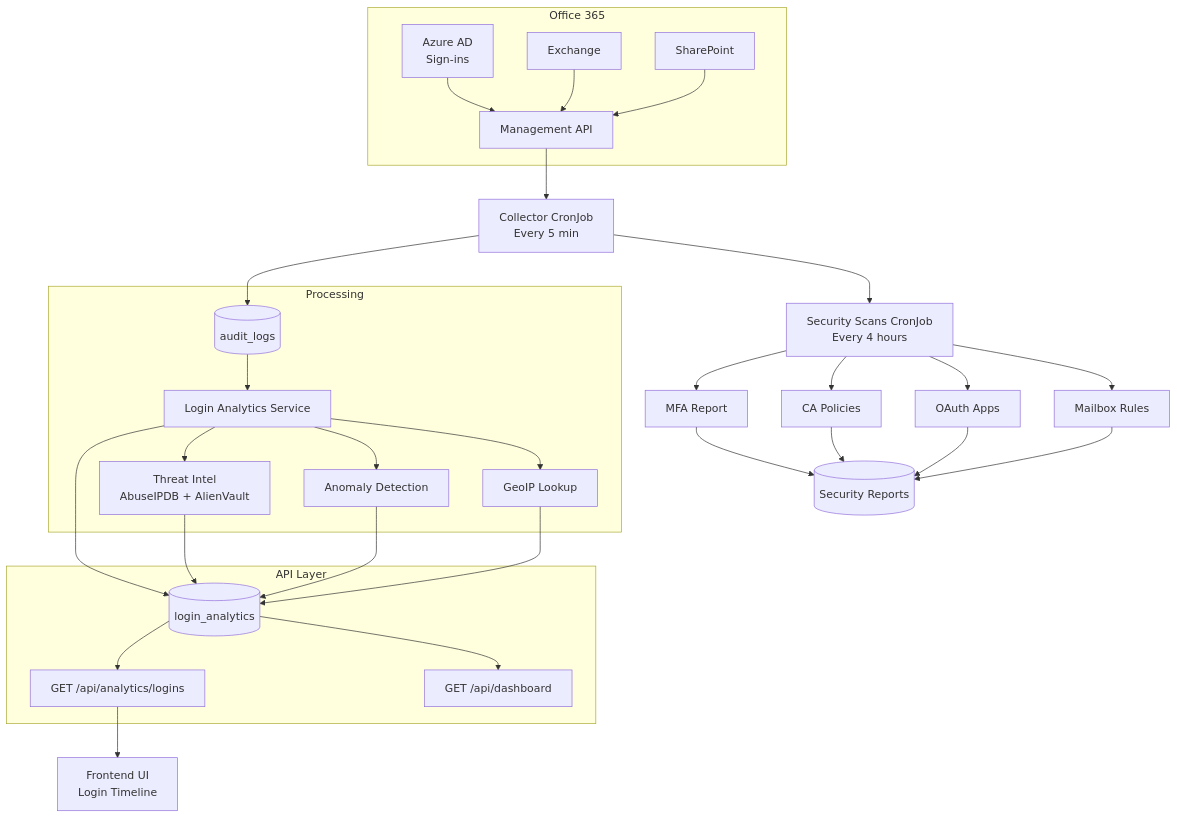
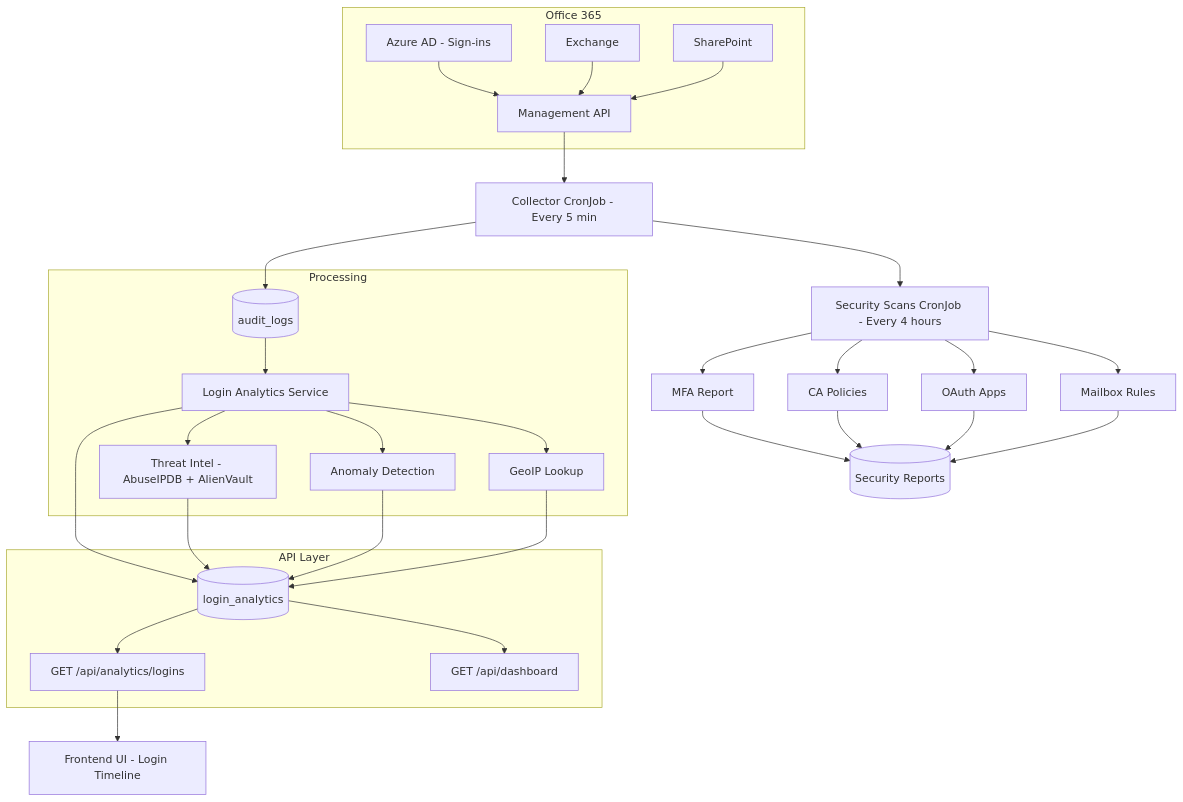
One commit to michaeldigiacomi/specterdefence changed the third of 3 diagrams in docs/cronjob-processing-flows.md. Above: the diagram before and after it, drawn with Mermaid. The commit also changed other lines of this file and 1 other file, not shown here.

Commit message:
Fix Mermaid diagrams for GitHub compatibility: replace br with - and fix & character

````diff
--- a/docs/cronjob-processing-flows.md
+++ b/docs/cronjob-processing-flows.md
@@ -230,44 +230,44 @@
 ```mermaid
 flowchart TB
     subgraph O365["Office 365"]
-        O365A[Azure AD<br/>Sign-ins] --> O365API[Management API]
+        O365A[Azure AD - Sign-ins] --> O365API[Management API]
         O365E[Exchange] --> O365API
         O365S[SharePoint] --> O365API
     end
 
-    O365API --> COLLECTOR[Collector CronJob<br/>Every 5 min]
+    O365API --> COLLECTOR[Collector CronJob - Every 5 min]
 
     COLLECTOR --> DB[(audit_logs)]
 
     subgraph Processing["Processing"]
         DB --> LOGINS[Login Analytics Service]
-        LOGINS --> TI[Threat Intel<br/>AbuseIPDB + AlienVault]
+        LOGINS --> TI[Threat Intel - AbuseIPDB + AlienVault]
         LOGINS --> ANOMALY[Anomaly Detection]
         LOGINS --> GEO[GeoIP Lookup]
     end
 
     LOGINS --> ANALYTICS[(login_analytics)]
 
     TI --> ANALYTICS
     ANOMALY --> ANALYTICS
     GEO --> ANALYTICS
 
     subgraph API["API Layer"]
         ANALYTICS --> API1[GET /api/analytics/logins]
         ANALYTICS --> API2[GET /api/dashboard]
     end
 
-    API1 --> UI[Frontend UI<br/>Login Timeline]
+    API1 --> UI[Frontend UI - Login Timeline]
 
-    COLLECTOR --> SECURITY[Security Scans CronJob<br/>Every 4 hours]
+    COLLECTOR --> SECURITY[Security Scans CronJob - Every 4 hours]
 
     SECURITY --> MFA[MFA Report]
     SECURITY --> CA[CA Policies]
     SECURITY --> OAUTH[OAuth Apps]
     SECURITY --> MAILBOX[Mailbox Rules]
 
     MFA --> DBD[(Security Reports)]
     CA --> DBD
     OAUTH --> DBD
     MAILBOX --> DBD
 ```
````
